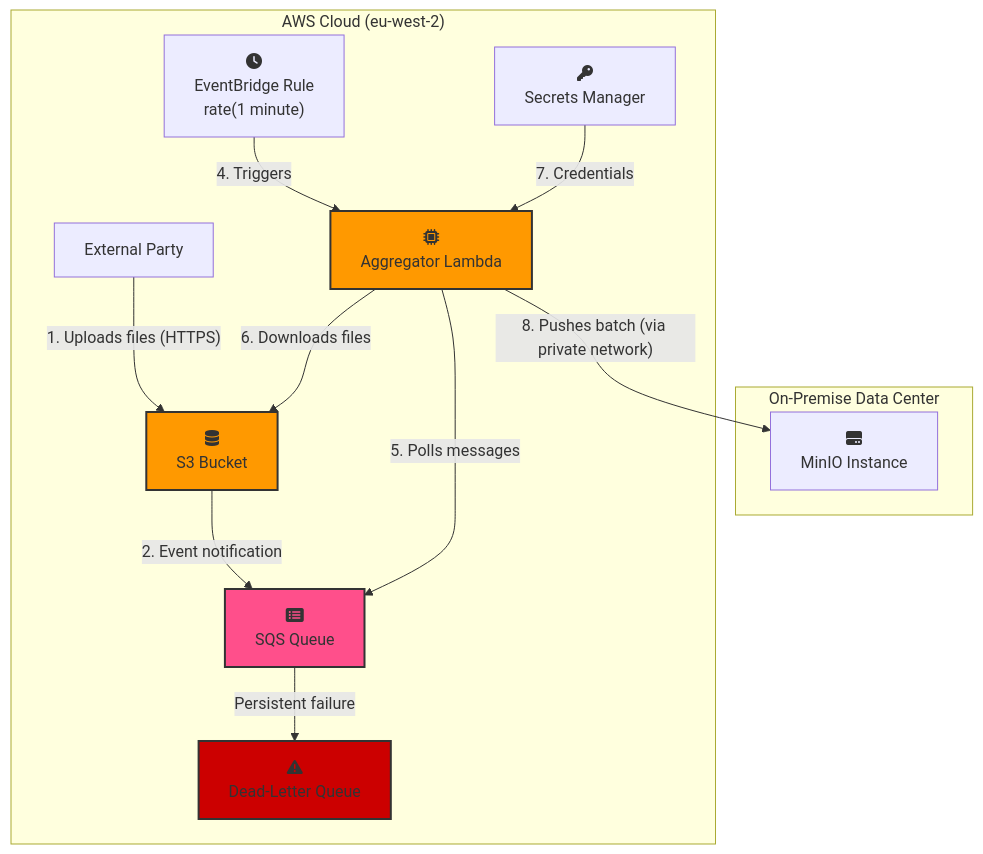
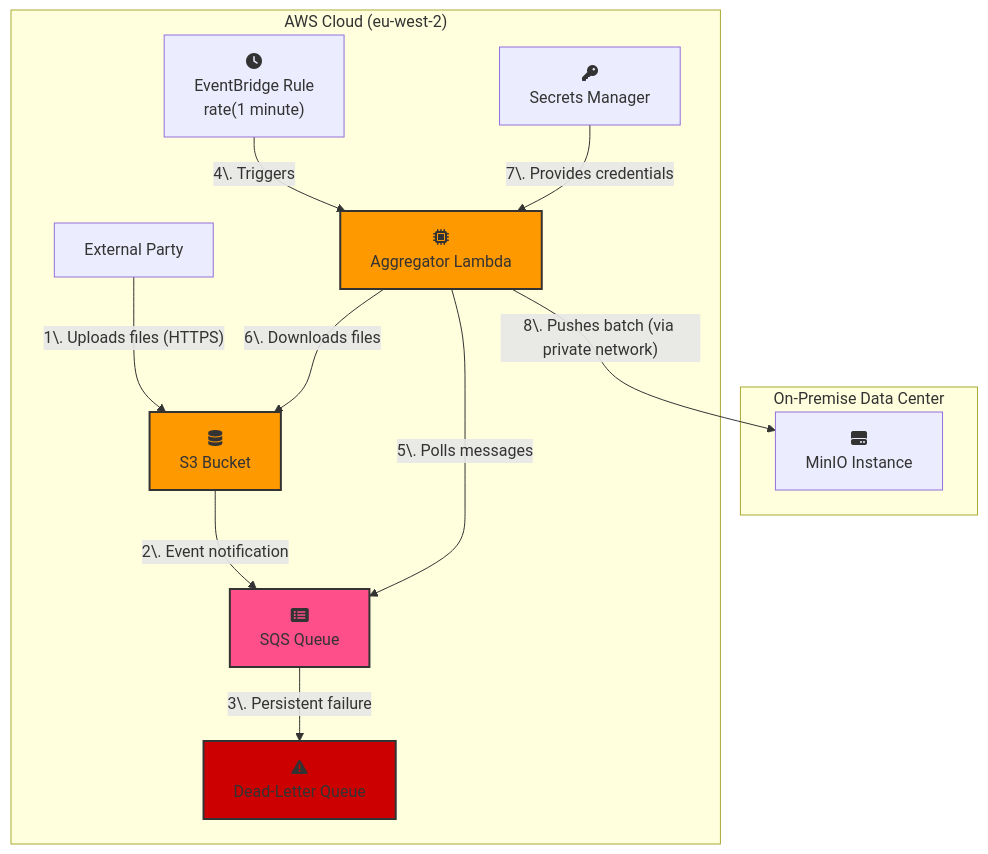
The diagram in README.md (jathorp/data_move), drawn with Mermaid before and after one commit.

Commit message:
Fixed diagram

````diff
--- a/README.md
+++ b/README.md
@@ -50,34 +50,32 @@
 ```mermaid
 flowchart TD
-  %% ───────── On-prem DC ─────────
+  %% ───────── Nodes ─────────
   subgraph "On-Premise Data Center"
     MinIO["fa:fa-hdd<br/>MinIO Instance"]
   end
-
-  %% ───────── AWS Cloud (collapse the VPC level to avoid the bug) ─────────
   subgraph "AWS Cloud (eu-west-2)"
     Lambda["fa:fa-microchip<br/>Aggregator Lambda"]
     ExternalParty["External Party"]
     S3["fa:fa-database<br/>S3 Bucket"]
     SQS["fa:fa-list-alt<br/>SQS Queue"]
     DLQ["fa:fa-exclamation-triangle<br/>Dead-Letter Queue"]
     EventBridge["fa:fa-clock<br/>EventBridge Rule<br/>rate(1 minute)"]
     SecretsManager["fa:fa-key<br/>Secrets Manager"]
   end
 
   %% ───────── Edges ─────────
-  ExternalParty -->|"1. Uploads files (HTTPS)"| S3
-  S3 -->|"2. Event notification"| SQS
-  SQS -->|"Persistent failure"| DLQ
-  EventBridge -->|"4. Triggers"| Lambda
-  Lambda -->|"5. Polls messages"| SQS
-  Lambda -->|"6. Downloads files"| S3
-  SecretsManager -->|"7. Credentials"| Lambda
-  Lambda -->|"8. Pushes batch (via private network)"| MinIO
+  ExternalParty -->|"1\. Uploads files (HTTPS)"| S3
+  S3            -->|"2\. Event notification"| SQS
+  SQS           -->|"3\. Persistent failure"| DLQ
+  EventBridge   -->|"4\. Triggers"| Lambda
+  Lambda        -->|"5\. Polls messages"| SQS
+  Lambda        -->|"6\. Downloads files"| S3
+  SecretsManager-->|"7\. Provides credentials"| Lambda
+  Lambda        -->|"8\. Pushes batch (via private network)"| MinIO
 
   %% ───────── Styling ─────────
   style Lambda fill:#FF9900,stroke:#333,stroke-width:2px
   style S3     fill:#FF9900,stroke:#333,stroke-width:2px
   style SQS    fill:#FF4F8B,stroke:#333,stroke-width:2px
   style DLQ    fill:#CC0000,stroke:#333,stroke-width:2px
 ```
````
